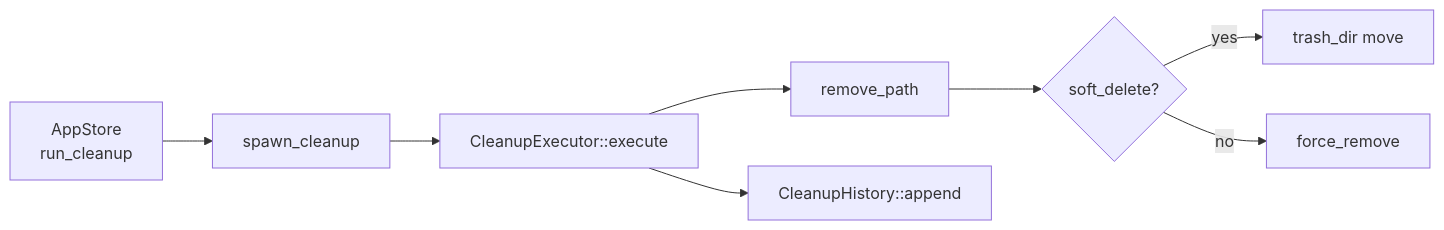
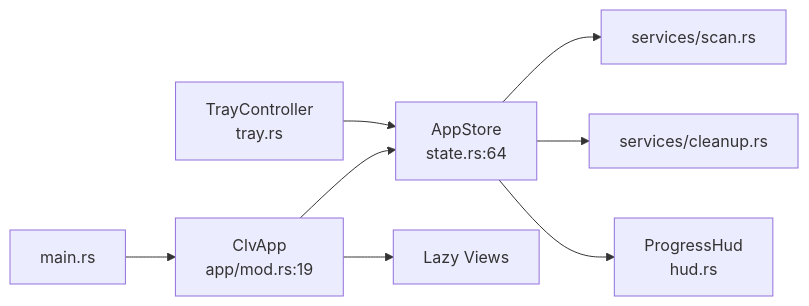
Before and after one commit to sopaco/CLV3000-Plus: the fourth of 6 diagrams in .terrain/human/2.Architecture.md, drawn with Mermaid. The commit also changed other lines of this file and 55 other files, not shown here.

````diff
--- a/.terrain/human/2.Architecture.md
+++ b/.terrain/human/2.Architecture.md
@@ -139,10 +130,10 @@
 ```mermaid
 graph LR
-    AppStore2["AppStore<br/>run_cleanup"] --> SpawnClean["spawn_cleanup"]
-    SpawnClean --> Executor["CleanupExecutor::execute"]
-    Executor --> Remove["remove_path"]
-    Remove --> Soft{"soft_delete?"}
-    Soft -->|yes| Trash["trash_dir move"]
-    Soft -->|no| Hard["force_remove"]
-    Executor --> History["CleanupHistory::append"]
+    Main["main.rs"] --> ClvApp["ClvApp<br/>app/mod.rs:19"]
+    ClvApp --> AppStore["AppStore<br/>state.rs:64"]
+    ClvApp --> Views["Lazy Views"]
+    AppStore --> ScanSvc["services/scan.rs"]
+    AppStore --> CleanupSvc["services/cleanup.rs"]
+    AppStore --> ProgressHud["ProgressHud<br/>hud.rs"]
+    Tray["TrayController<br/>tray.rs"] --> AppStore
 ```
````
